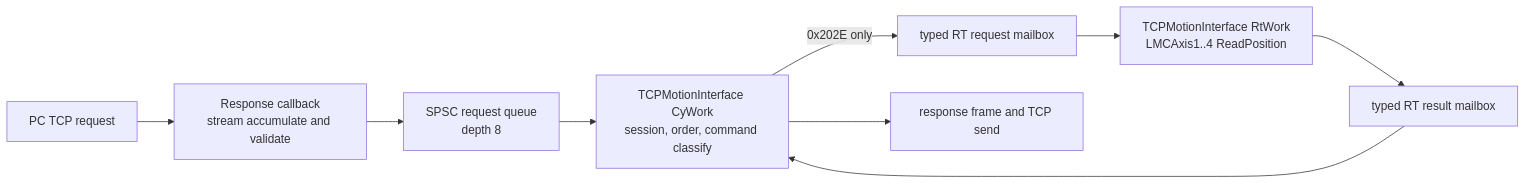
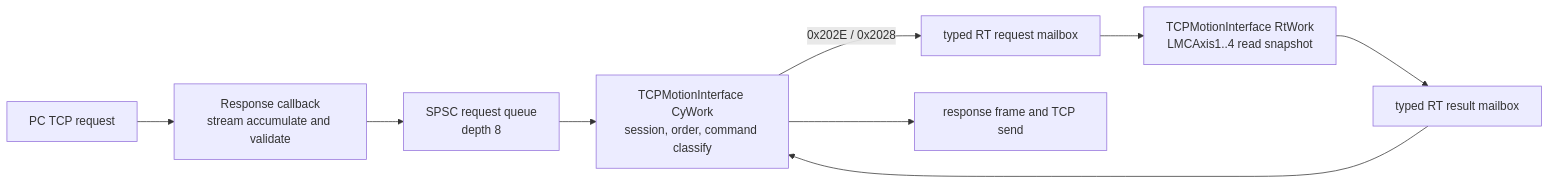
One commit to dreiven61/Elmo_Master changed the diagram in LMC_Library/LMC_API_Delivery/docs/LASAL_SOURCE_QUEUE_AND_NETWORK_APPLY_PLAN_2026-07-10.md. Above: the diagram before and after it, drawn with Mermaid. The commit also changed other lines of this file and 93 other files, not shown here.

````diff
--- a/LMC_Library/LMC_API_Delivery/docs/LASAL_SOURCE_QUEUE_AND_NETWORK_APPLY_PLAN_2026-07-10.md
+++ b/LMC_Library/LMC_API_Delivery/docs/LASAL_SOURCE_QUEUE_AND_NETWORK_APPLY_PLAN_2026-07-10.md
@@ -38,11 +54,11 @@
 ```mermaid
 flowchart LR
     A["PC TCP request"] --> B["Response callback\nstream accumulate and validate"]
     B --> C["SPSC request queue\ndepth 8"]
     C --> D["TCPMotionInterface CyWork\nsession, order, command classify"]
-    D -->|"0x202E only"| E["typed RT request mailbox"]
-    E --> F["TCPMotionInterface RtWork\nLMCAxis1..4 ReadPosition"]
+    D -->|"0x202E / 0x2028"| E["typed RT request mailbox"]
+    E --> F["TCPMotionInterface RtWork\nLMCAxis1..4 read snapshot"]
     F --> G["typed RT result mailbox"]
     G --> D
     D --> H["response frame and TCP send"]
 ```
````
